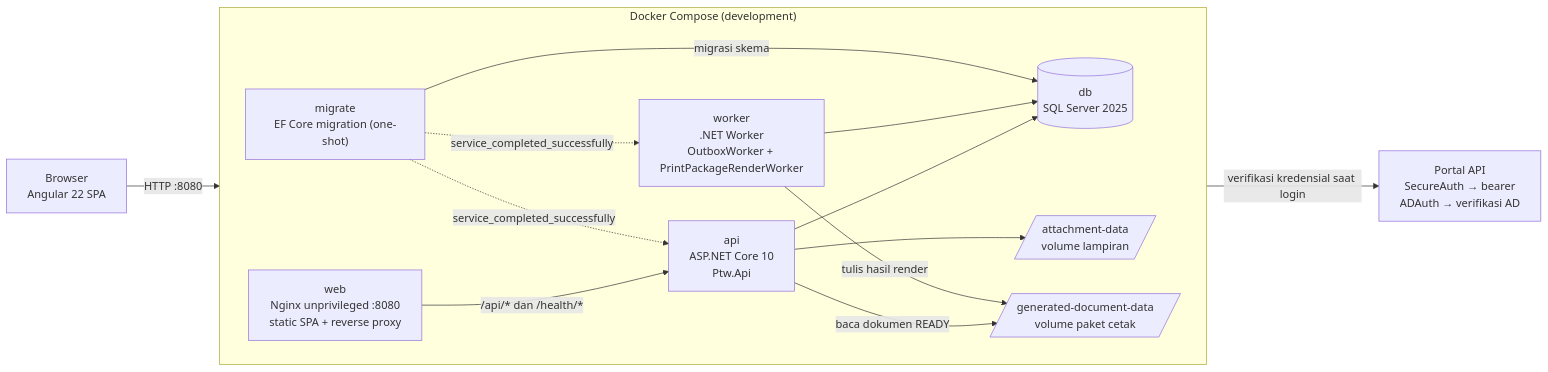
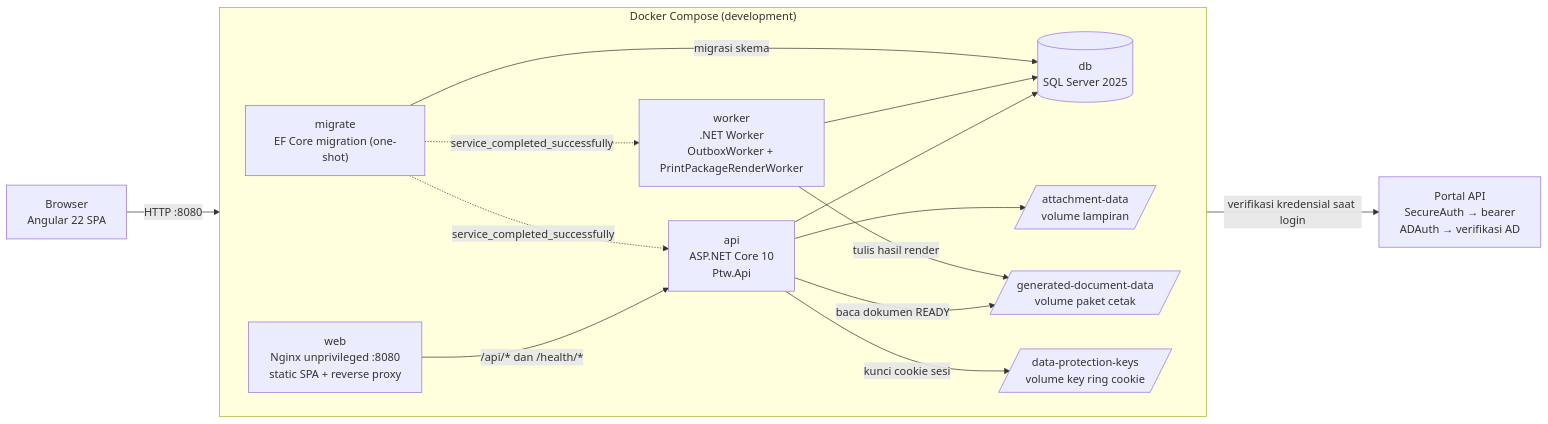
The first of 5 diagrams in README.md (NusantaraRegas/ptw-online), drawn with Mermaid before and after one commit. The commit also changed other lines of this file and 13 other files, not shown here.

````diff
--- a/README.md
+++ b/README.md
@@ -90,29 +90,31 @@
 ```mermaid
 flowchart LR
   Browser["Browser<br/>Angular 22 SPA"]
 
   subgraph Compose["Docker Compose (development)"]
     direction LR
     Web["web<br/>Nginx unprivileged :8080<br/>static SPA + reverse proxy"]
     Api["api<br/>ASP.NET Core 10<br/>Ptw.Api"]
     Worker["worker<br/>.NET Worker<br/>OutboxWorker + PrintPackageRenderWorker"]
     Migrate["migrate<br/>EF Core migration (one-shot)"]
     Db[("db<br/>SQL Server 2025")]
     Att[/"attachment-data<br/>volume lampiran"/]
     Gen[/"generated-document-data<br/>volume paket cetak"/]
+    Dpk[/"data-protection-keys<br/>volume key ring cookie"/]
   end
 
   Portal["Portal API<br/>SecureAuth → bearer<br/>ADAuth → verifikasi AD"]
 
   Browser -->|"HTTP :8080"| Web
   Web -->|"/api/* dan /health/*"| Api
   Api -->|"verifikasi kredensial saat login"| Portal
   Api --> Db
   Api --> Att
   Api -->|"baca dokumen READY"| Gen
+  Api -->|"kunci cookie sesi"| Dpk
   Worker --> Db
   Worker -->|"tulis hasil render"| Gen
   Migrate -->|"migrasi skema"| Db
   Migrate -. "service_completed_successfully" .-> Api
   Migrate -. "service_completed_successfully" .-> Worker
 ```
````
